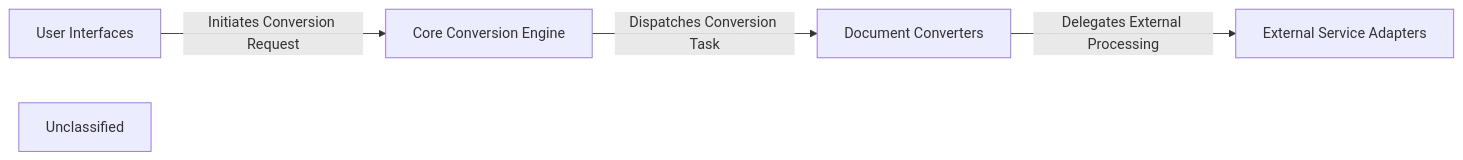
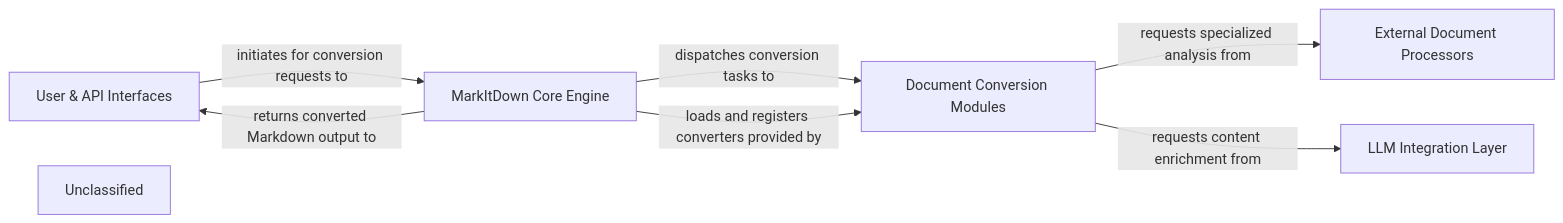
Before and after one commit to CodeBoarding/GeneratedOnBoardings: the diagram in markitdown/on_boarding.md, drawn with Mermaid. The commit also changed other lines of this file, not shown here.

````diff
--- a/markitdown/on_boarding.md
+++ b/markitdown/on_boarding.md
@@ -1,11 +1,15 @@
 ```mermaid
 graph LR
-    User_Interfaces["User Interfaces"]
-    Core_Conversion_Engine["Core Conversion Engine"]
-    Document_Converters["Document Converters"]
-    External_Service_Adapters["External Service Adapters"]
+    User_API_Interfaces["User & API Interfaces"]
+    MarkItDown_Core_Engine["MarkItDown Core Engine"]
+    Document_Conversion_Modules["Document Conversion Modules"]
+    External_Document_Processors["External Document Processors"]
+    LLM_Integration_Layer["LLM Integration Layer"]
     Unclassified["Unclassified"]
-    User_Interfaces -- "Initiates Conversion Request" --> Core_Conversion_Engine
-    Core_Conversion_Engine -- "Dispatches Conversion Task" --> Document_Converters
-    Document_Converters -- "Delegates External Processing" --> External_Service_Adapters
+    User_API_Interfaces -- "initiates for conversion requests to" --> MarkItDown_Core_Engine
+    MarkItDown_Core_Engine -- "dispatches conversion tasks to" --> Document_Conversion_Modules
+    MarkItDown_Core_Engine -- "loads and registers converters provided by" --> Document_Conversion_Modules
+    Document_Conversion_Modules -- "requests specialized analysis from" --> External_Document_Processors
+    Document_Conversion_Modules -- "requests content enrichment from" --> LLM_Integration_Layer
+    MarkItDown_Core_Engine -- "returns converted Markdown output to" --> User_API_Interfaces
 ```
````
